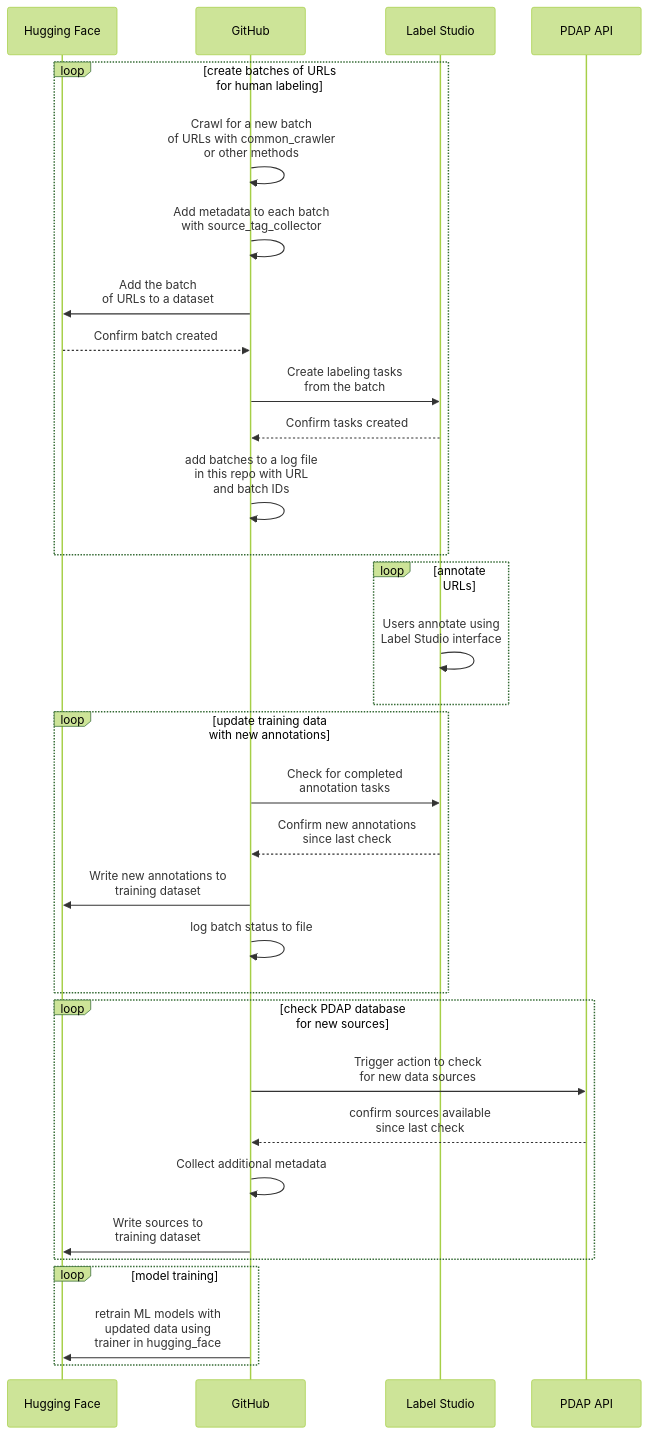
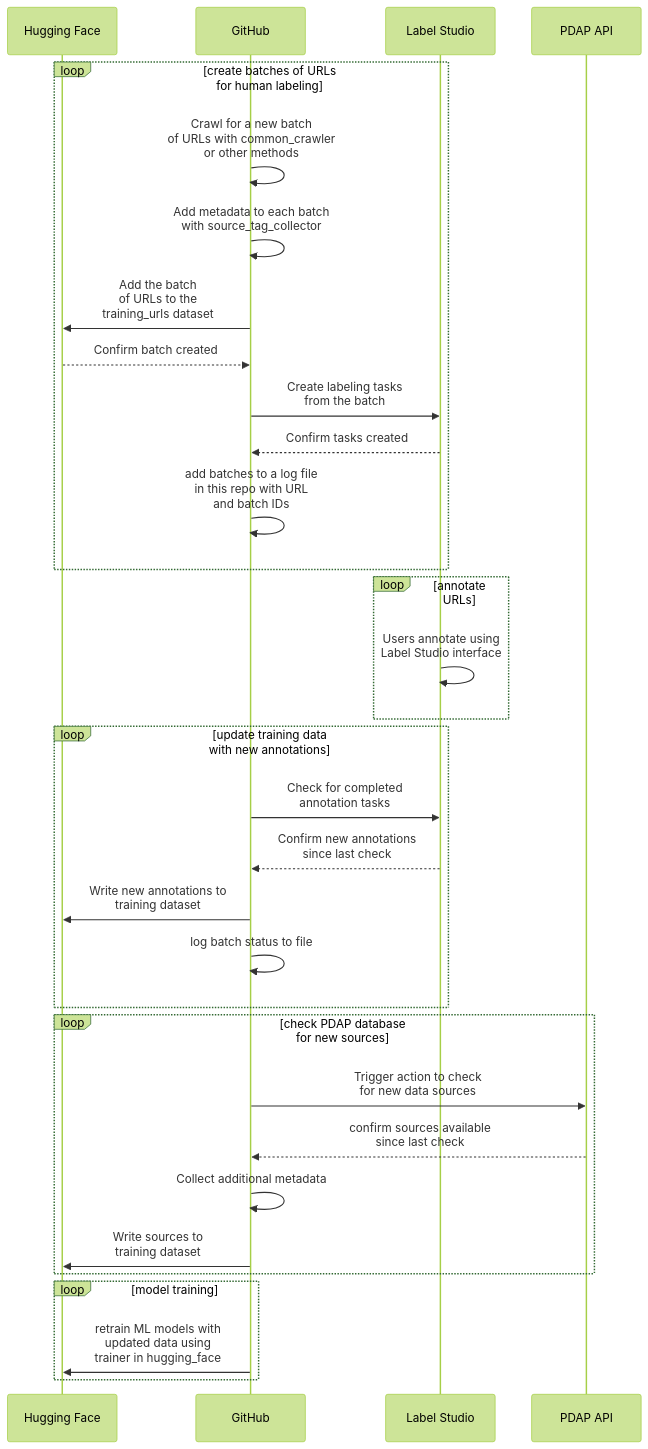
Before and after one commit to Police-Data-Accessibility-Project/data-source-identification: the first of 2 diagrams in README.md, drawn with Mermaid (forest theme).

Commit message:
readme flowchart specificity

````diff
--- a/README.md
+++ b/README.md
@@ -44,43 +44,43 @@
 ```mermaid
 %% Here's a guide to mermaid syntax: https://mermaid.js.org/syntax/flowchart.html
 
 sequenceDiagram
 
 participant HF as Hugging Face
 participant GH as GitHub
 participant LS as Label Studio
 participant PDAP as PDAP API
 
 loop create batches of URLs <br/>for human labeling
   GH ->> GH: Crawl for a new batch<br/> of URLs with common_crawler<br/> or other methods
   GH ->> GH: Add metadata to each batch<br/> with source_tag_collector
-  GH ->> HF: Add the batch <br/> of URLs to a dataset
+  GH ->> HF: Add the batch <br/> of URLs to the <br/> training_urls dataset
   HF -->> GH: Confirm batch created
   GH ->> LS: Create labeling tasks <br/> from the batch
   LS -->> GH: Confirm tasks created
   GH ->> GH: add batches to a log file <br/> in this repo with URL<br/> and batch IDs
 end
 
 loop annotate URLs
   LS ->> LS: Users annotate using<br/>Label Studio interface
 end
 
 loop update training data <br/> with new annotations
   GH ->> LS: Check for completed <br/> annotation tasks
   LS -->> GH: Confirm new annotations <br/> since last check
   GH ->> HF: Write new annotations to <br/> training dataset
   GH ->> GH: log batch status to file
 end
 
 loop check PDAP database <br/>for new sources
   GH ->> PDAP: Trigger action to check <br/> for new data sources
   PDAP -->> GH: confirm sources available <br/> since last check
   GH ->> GH: Collect additional metadata
   GH ->> HF: Write sources to <br/> training dataset
 end
 
 loop model training
   GH ->> HF: retrain ML models with <br/>updated data using <br/>trainer in hugging_face
 end
 
 ```
````
